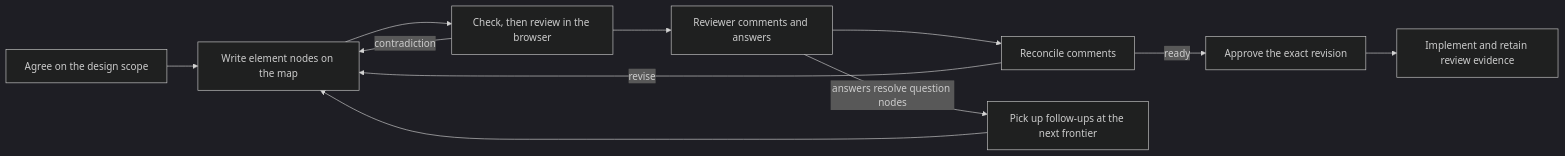
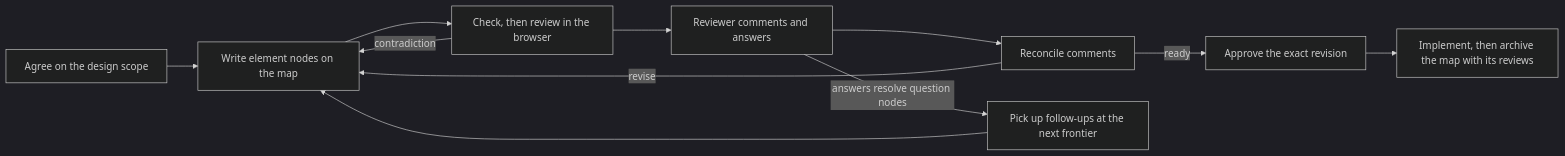
The diagram in skills/design-doc/SKILL.md (ac8318740/acstack), drawn with Mermaid (dark theme) before and after one commit. The commit also changed other lines of this file and 16 other files, not shown here.

````diff
--- a/skills/design-doc/SKILL.md
+++ b/skills/design-doc/SKILL.md
@@ -10,13 +10,13 @@
 ```mermaid
 flowchart LR
     A[Agree on the design scope] --> B[Write element nodes on the map]
     B --> C[Check, then review in the browser]
     C -->|contradiction| B
     C --> D[Reviewer comments and answers]
     D --> E[Reconcile comments]
     D -->|answers resolve question nodes| F[Pick up follow-ups at the next frontier]
     F --> B
     E -->|revise| B
     E -->|ready| G[Approve the exact revision]
-    G --> H[Implement and retain review evidence]
+    G --> H[Implement, then archive the map with its reviews]
 ```
````
